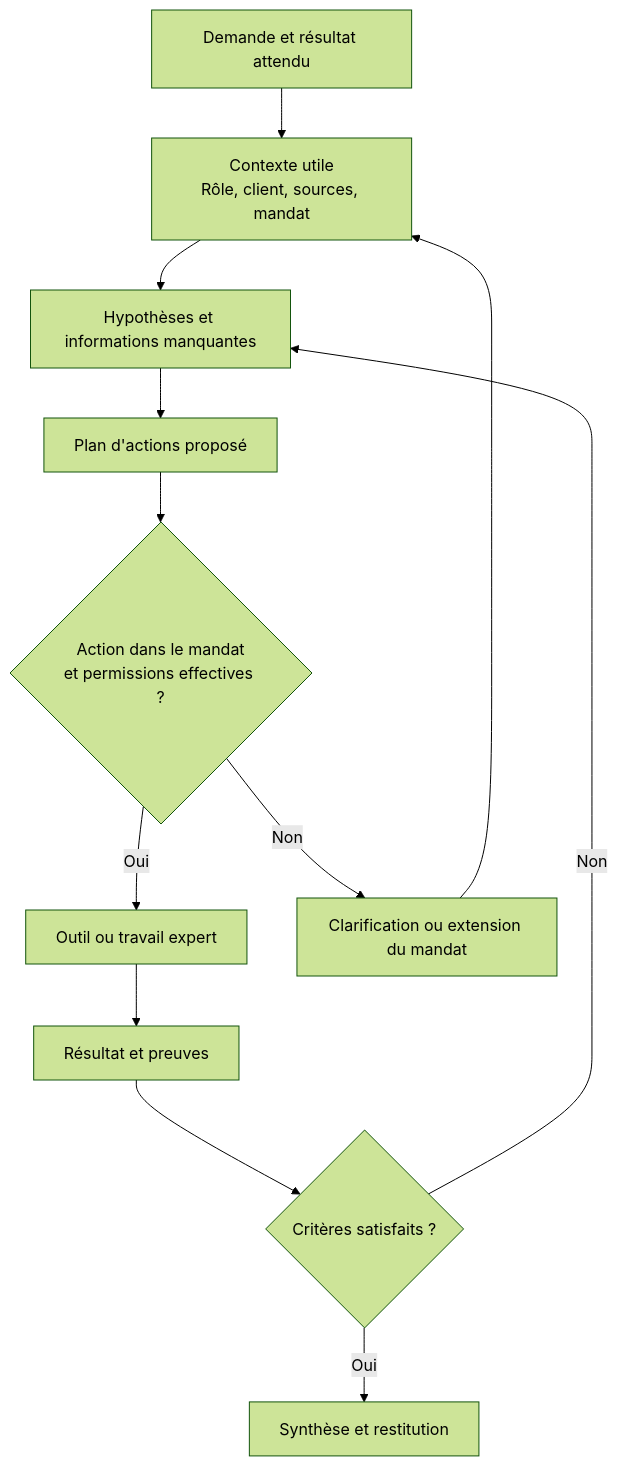
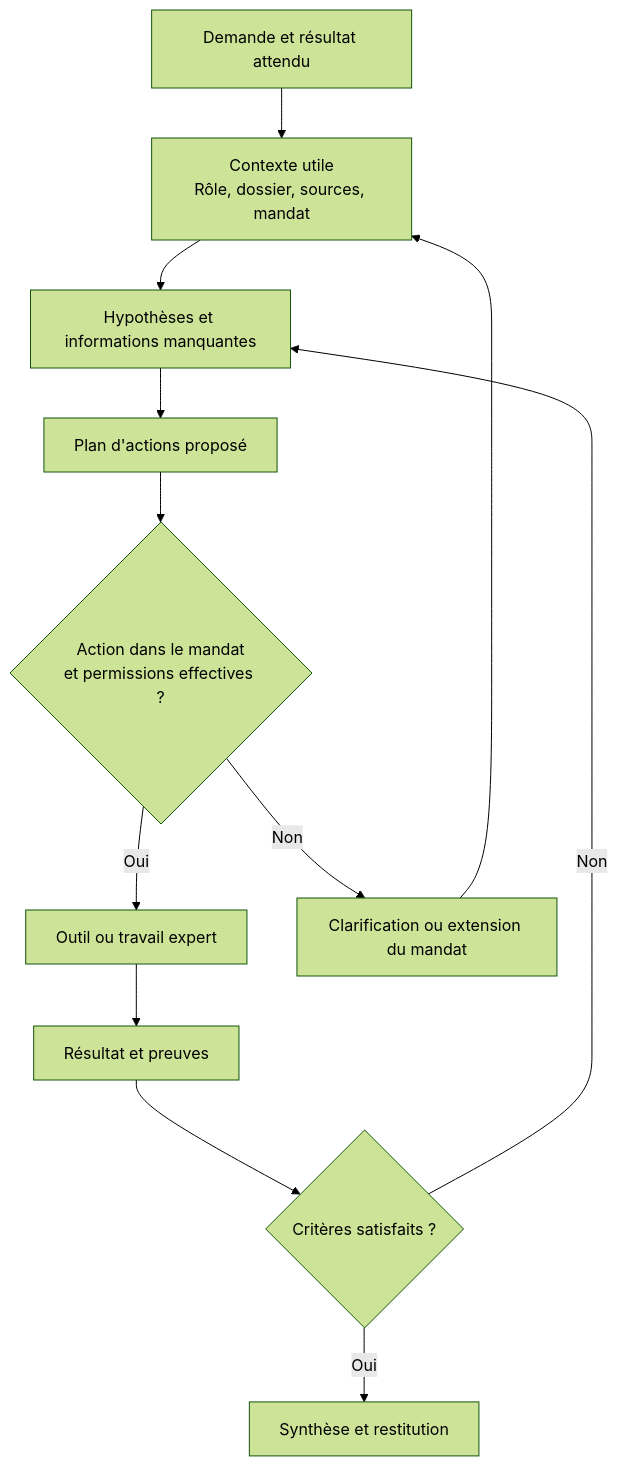
Before and after one commit to nicolastheuil/project-alfred: the fourth of 5 diagrams in docs/guide-illustre.md, drawn with Mermaid (forest theme). The commit also changed other lines of this file and 11 other files, not shown here.

````diff
--- a/docs/guide-illustre.md
+++ b/docs/guide-illustre.md
@@ -82,14 +78,14 @@
 ```mermaid
 flowchart TD
-    D[Demande et résultat attendu] --> C[Contexte utile<br/>Rôle, client, sources, mandat]
+    D[Demande et résultat attendu] --> C[Contexte utile<br/>Rôle, dossier, sources, mandat]
     C --> H[Hypothèses et informations manquantes]
     H --> P[Plan d'actions proposé]
     P --> M{Action dans le mandat<br/>et permissions effectives ?}
     M -->|Oui| O[Outil ou travail expert]
     M -->|Non| U[Clarification ou extension du mandat]
     U --> C
     O --> R[Résultat et preuves]
     R --> V{Critères satisfaits ?}
     V -->|Non| H
     V -->|Oui| S[Synthèse et restitution]
 ```
````
